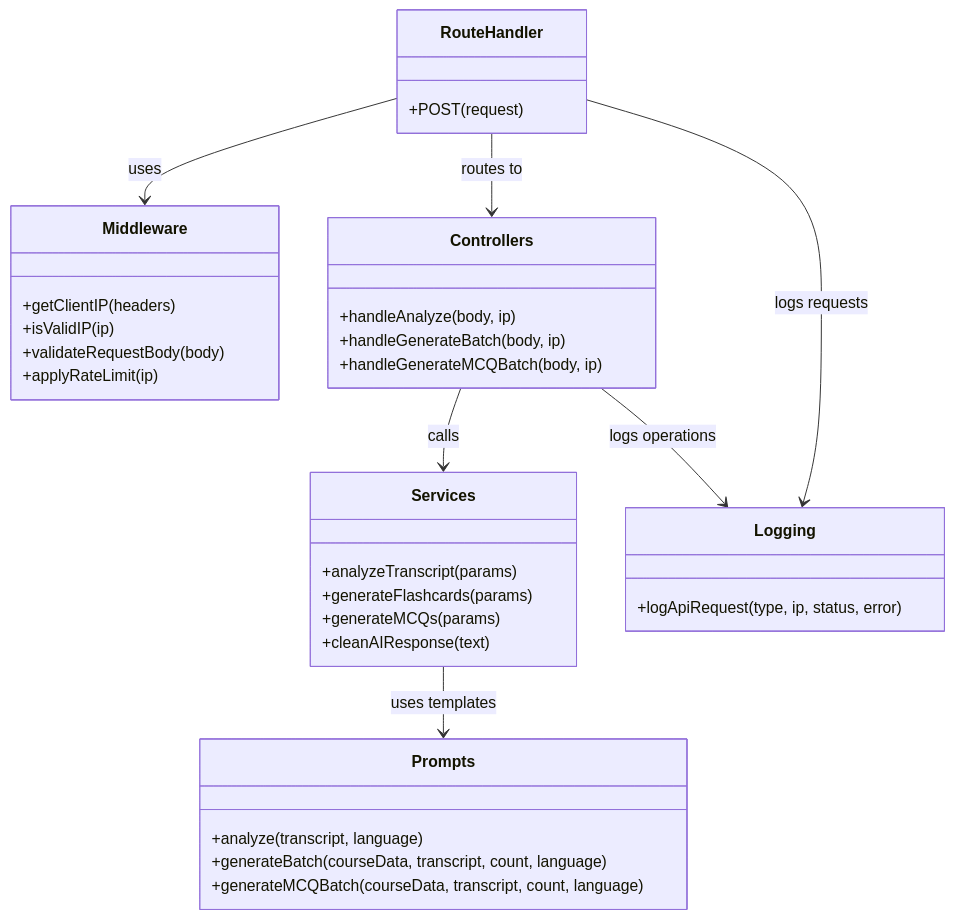
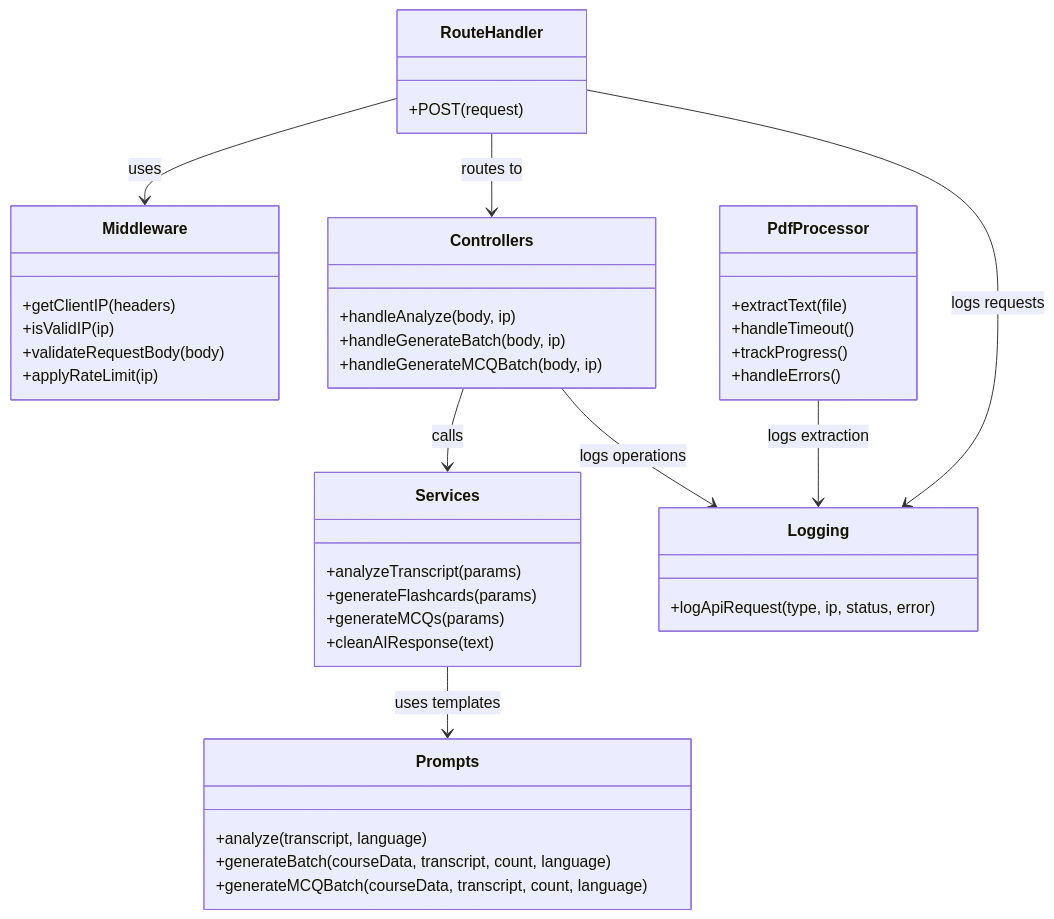
The fourth of 4 diagrams in docs/architecture_diagram.md (CyranoB/flash_cards), drawn with Mermaid before and after one commit. The commit also changed other lines of this file and 25 other files, not shown here.

````diff
--- a/docs/architecture_diagram.md
+++ b/docs/architecture_diagram.md
@@ -116,43 +119,51 @@
 ```mermaid
 classDiagram
     class RouteHandler {
         +POST(request)
     }
     
     class Middleware {
         +getClientIP(headers)
         +isValidIP(ip)
         +validateRequestBody(body)
         +applyRateLimit(ip)
     }
     
     class Controllers {
         +handleAnalyze(body, ip)
         +handleGenerateBatch(body, ip)
         +handleGenerateMCQBatch(body, ip)
     }
     
     class Services {
         +analyzeTranscript(params)
         +generateFlashcards(params)
         +generateMCQs(params)
         +cleanAIResponse(text)
     }
     
     class Prompts {
         +analyze(transcript, language)
         +generateBatch(courseData, transcript, count, language)
         +generateMCQBatch(courseData, transcript, count, language)
     }
     
     class Logging {
         +logApiRequest(type, ip, status, error)
     }
     
+    class PdfProcessor {
+        +extractText(file)
+        +handleTimeout()
+        +trackProgress()
+        +handleErrors()
+    }
+    
     RouteHandler --> Middleware : uses
     RouteHandler --> Controllers : routes to
     Controllers --> Services : calls
     Services --> Prompts : uses templates
     RouteHandler --> Logging : logs requests
     Controllers --> Logging : logs operations
+    PdfProcessor --> Logging : logs extraction
 ```
````
